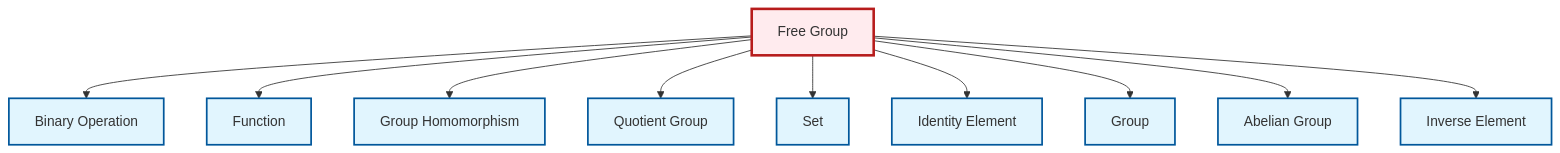
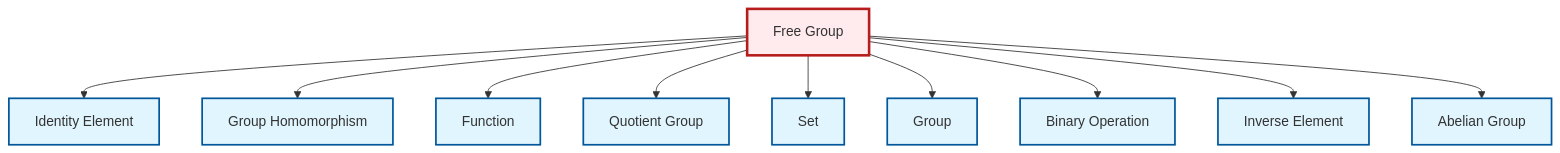
The diagram in output/mermaid/en/def-free-group.mermaid (RK0429/ModernMath), drawn with Mermaid before and after one commit. The commit also changed other lines of this file and 3212 other files, not shown here.

```diff
--- a/output/mermaid/en/def-free-group.mermaid
+++ b/output/mermaid/en/def-free-group.mermaid
@@ -1,26 +1,26 @@
 graph TD
     classDef definition fill:#e1f5fe,stroke:#01579b,stroke-width:2px
     classDef theorem fill:#f3e5f5,stroke:#4a148c,stroke-width:2px
     classDef axiom fill:#fff3e0,stroke:#e65100,stroke-width:2px
     classDef example fill:#e8f5e9,stroke:#1b5e20,stroke-width:2px
     classDef current fill:#ffebee,stroke:#b71c1c,stroke-width:3px
-    def-abelian-group["Abelian Group"]:::definition
+    def-binary-operation["Binary Operation"]:::definition
     def-inverse-element["Inverse Element"]:::definition
-    def-quotient-group["Quotient Group"]:::definition
-    def-set["Set"]:::definition
-    def-free-group["Free Group"]:::definition
-    def-binary-operation["Binary Operation"]:::definition
     def-homomorphism["Group Homomorphism"]:::definition
     def-function["Function"]:::definition
+    def-abelian-group["Abelian Group"]:::definition
+    def-free-group["Free Group"]:::definition
     def-identity-element["Identity Element"]:::definition
+    def-set["Set"]:::definition
     def-group["Group"]:::definition
-    def-free-group --> def-binary-operation
+    def-quotient-group["Quotient Group"]:::definition
+    def-free-group --> def-identity-element
+    def-free-group --> def-homomorphism
     def-free-group --> def-function
-    def-free-group --> def-homomorphism
     def-free-group --> def-quotient-group
     def-free-group --> def-set
-    def-free-group --> def-identity-element
     def-free-group --> def-group
+    def-free-group --> def-binary-operation
+    def-free-group --> def-inverse-element
     def-free-group --> def-abelian-group
-    def-free-group --> def-inverse-element
     class def-free-group current
```
